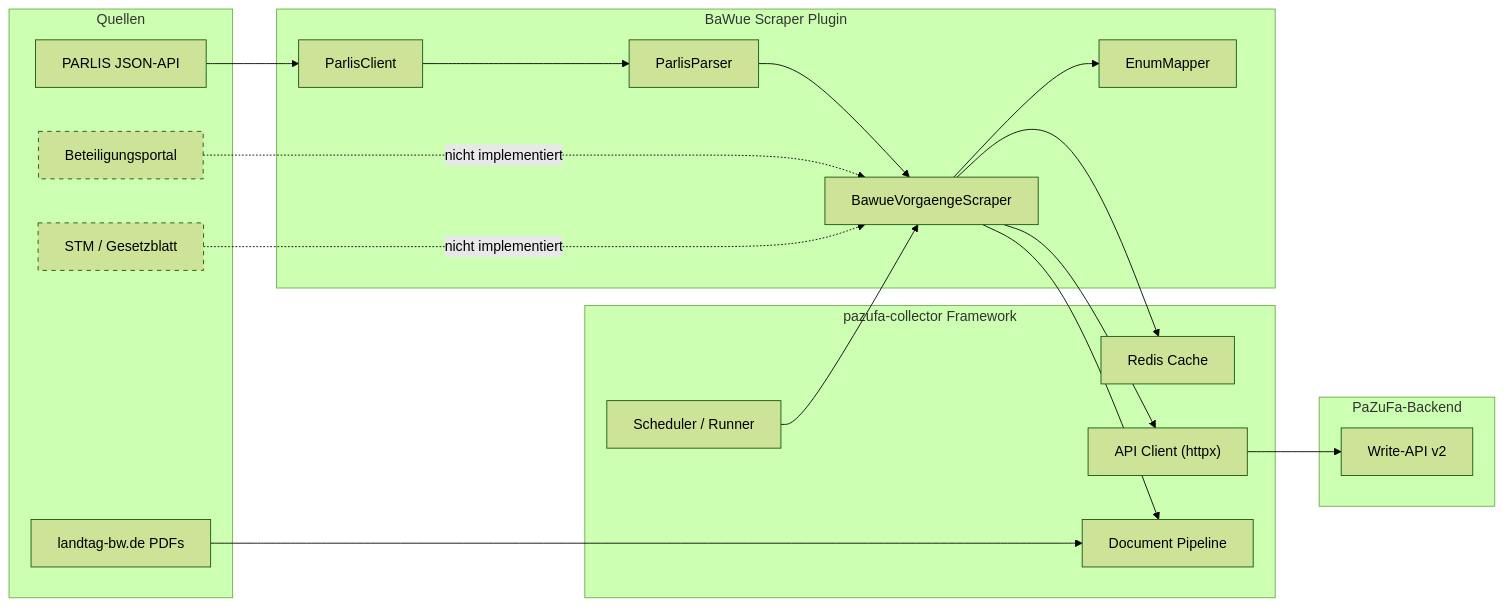
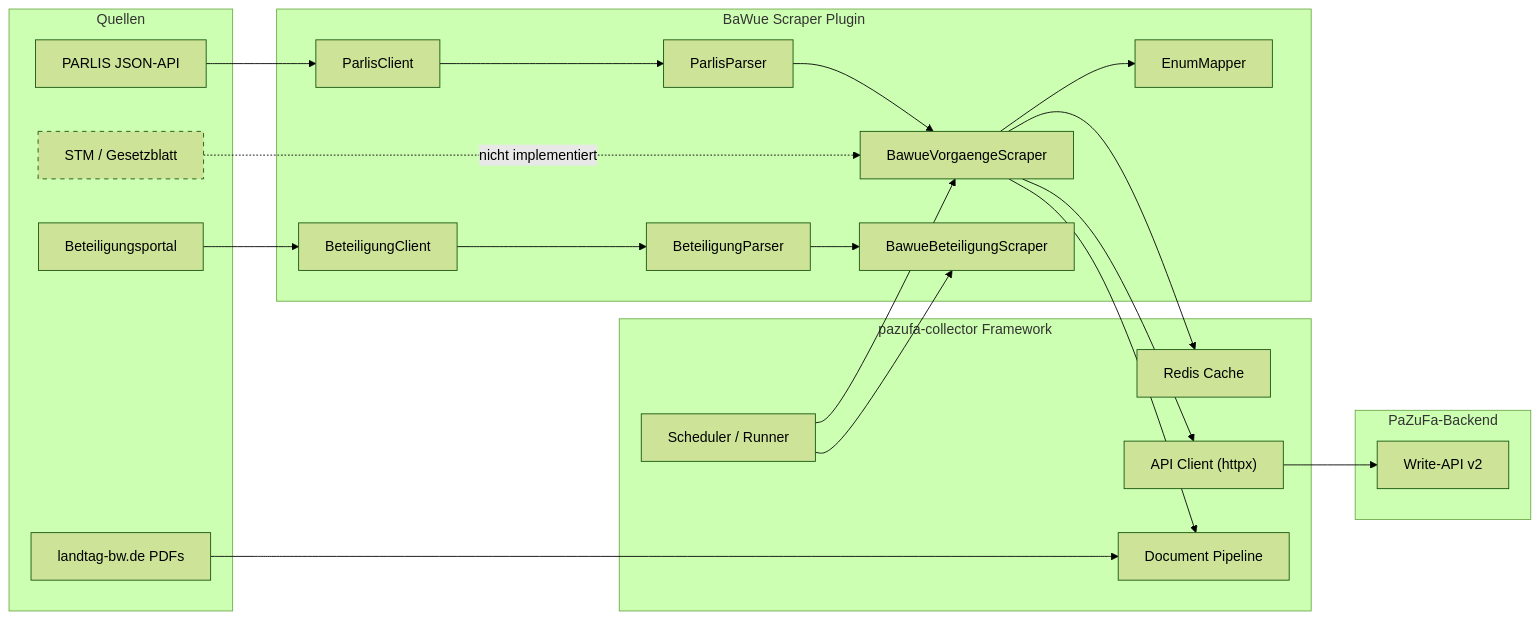
Before and after one commit to Parlamentszusammenfasser/pazufa-scraper-bw: the first of 2 diagrams in README.md, drawn with Mermaid (forest theme). The commit also changed other lines of this file and 3 other files, not shown here.

````diff
--- a/README.md
+++ b/README.md
@@ -51,40 +51,43 @@
 ```mermaid
 flowchart LR
     subgraph Quellen
         PARLIS["PARLIS JSON-API"]
         PDF["landtag-bw.de PDFs"]
         BETEIL["Beteiligungsportal"]
         STM["STM / Gesetzblatt"]
     end
 
     subgraph "pazufa-collector Framework"
         FW_SCHED["Scheduler / Runner"]
         FW_CACHE["Redis Cache"]
         FW_API["API Client (httpx)"]
         FW_DOC["Document Pipeline"]
     end
 
     subgraph "BaWue Scraper Plugin"
         PC["ParlisClient"]
         PP["ParlisParser"]
         EM["EnumMapper"]
         BVS["BawueVorgaengeScraper"]
+        BBS["BawueBeteiligungScraper"]
+        BC["BeteiligungClient"]
+        BP["BeteiligungParser"]
     end
 
     subgraph PaZuFa-Backend
         API["Write-API v2"]
     end
 
     PARLIS --> PC --> PP --> BVS
     PDF --> FW_DOC
-    BETEIL -. "nicht implementiert" .-> BVS
+    BETEIL --> BC --> BP --> BBS
     STM -. "nicht implementiert" .-> BVS
     BVS --> EM
     FW_SCHED --> BVS
+    FW_SCHED --> BBS
     BVS --> FW_CACHE
     BVS --> FW_API --> API
     BVS --> FW_DOC
 
-    style BETEIL stroke-dasharray: 5 5
     style STM stroke-dasharray: 5 5
 ```
````
